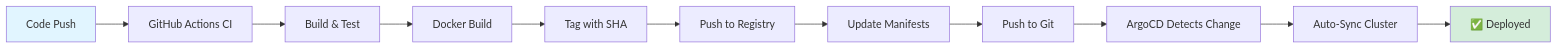
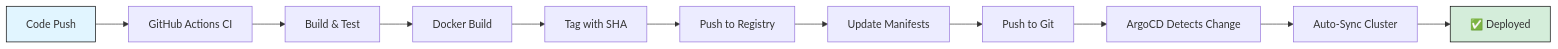
The second of 4 diagrams in Read.md (chedli01/task_management_devops), drawn with Mermaid before and after one commit. The commit also changed other lines of this file, not shown here.

````diff
--- a/Read.md
+++ b/Read.md
@@ -141,16 +105,16 @@
 ```mermaid
 graph LR
     A[Code Push] --> B[GitHub Actions CI]
     B --> C[Build & Test]
     C --> D[Docker Build]
     D --> E[Tag with SHA]
     E --> F[Push to Registry]
     F --> G[Update Manifests]
     G --> H[Push to Git]
     H --> I[ArgoCD Detects Change]
     I --> J[Auto-Sync Cluster]
     J --> K[✅ Deployed]
     
-    style A fill:#e1f5ff
-    style K fill:#d4edda
+    style A fill:#e1f5ff,stroke:#000
+    style K fill:#d4edda,stroke:#000
 ```
````
